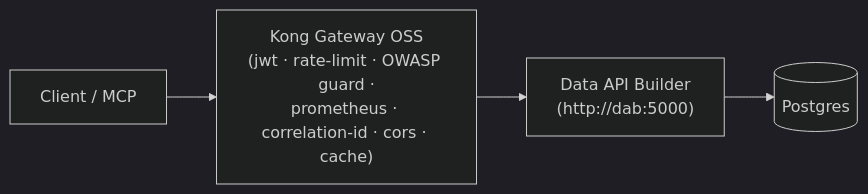
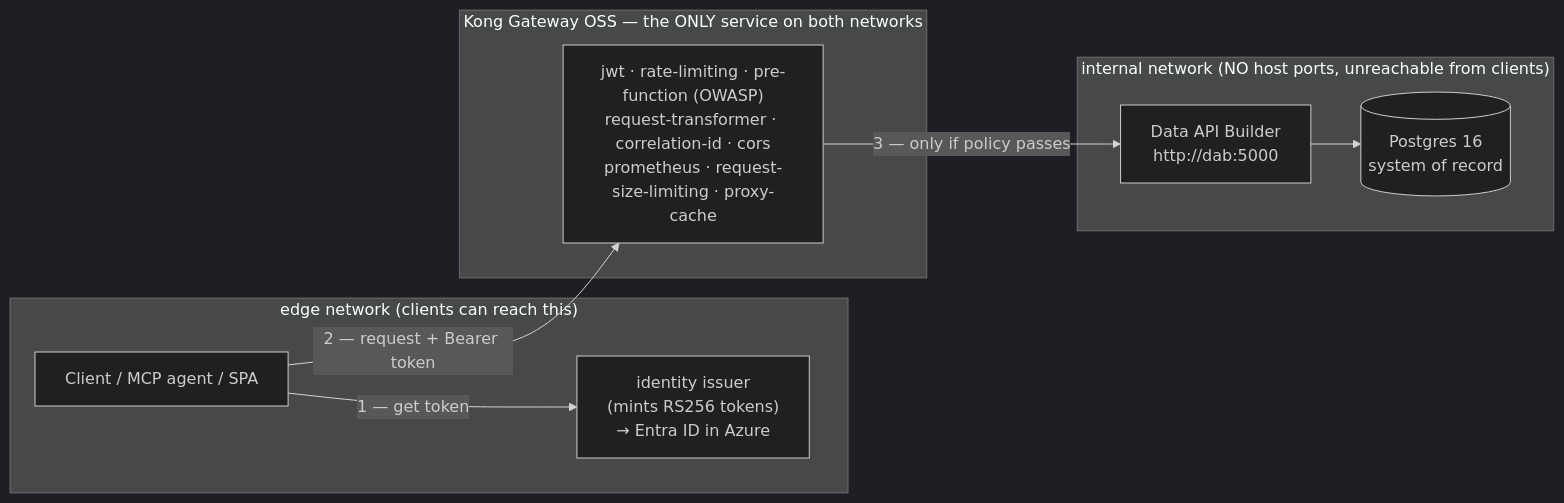
One commit to fgarofalo56/nasa-api-first-poc changed the first of 3 diagrams in services/gateway/README.md. Above: the diagram before and after it, drawn with Mermaid (dark theme). The commit also changed other lines of this file and 40 other files, not shown here.

First line of the commit message:
docs: Azure-first, teaching-grade documentation manual (multi-agent overhaul) (#12)

````diff
--- a/services/gateway/README.md
+++ b/services/gateway/README.md
@@ -15,6 +105,18 @@
 ```mermaid
 flowchart LR
-    client["Client / MCP"] --> kong["Kong Gateway OSS<br/>(jwt · rate-limit · OWASP guard ·<br/>prometheus · correlation-id · cors · cache)"]
-    kong --> dab["Data API Builder<br/>(http://dab:5000)"]
-    dab --> pg[("Postgres")]
+    subgraph edge["edge network (clients can reach this)"]
+        client["Client / MCP agent / SPA"]
+        identity["identity issuer<br/>(mints RS256 tokens)<br/>→ Entra ID in Azure"]
+    end
+    subgraph kongbox["Kong Gateway OSS — the ONLY service on both networks"]
+        kong["jwt · rate-limiting · pre-function (OWASP)<br/>request-transformer · correlation-id · cors<br/>prometheus · request-size-limiting · proxy-cache"]
+    end
+    subgraph internal["internal network (NO host ports, unreachable from clients)"]
+        dab["Data API Builder<br/>http://dab:5000"]
+        pg[("Postgres 16<br/>system of record")]
+    end
+    client -->|"1 — get token"| identity
+    client -->|"2 — request + Bearer token"| kong
+    kong -->|"3 — only if policy passes"| dab
+    dab --> pg
 ```
````
